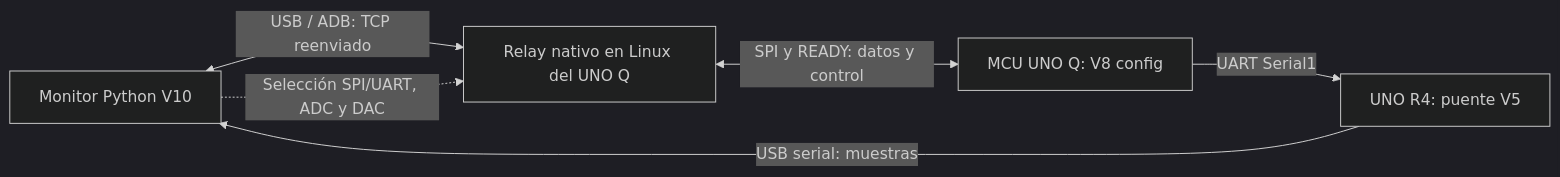
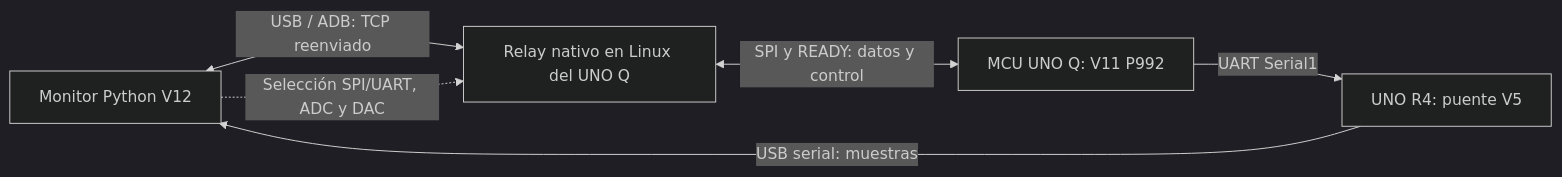
One commit to fmgarciadiaz/SerialPythonMonitor changed the diagram in docs/TRANSPORTE_TECNICO.md. Above: the diagram before and after it, drawn with Mermaid (dark theme). The commit also changed other lines of this file and 41 other files, not shown here.

````diff
--- a/docs/TRANSPORTE_TECNICO.md
+++ b/docs/TRANSPORTE_TECNICO.md
@@ -5,8 +5,8 @@
 ```mermaid
 flowchart LR
- PC[Monitor Python V10] <-->|USB / ADB: TCP reenviado| RELAY[Relay nativo en Linux del UNO Q]
- RELAY <-->|SPI y READY: datos y control| MCU[MCU UNO Q: V8 config]
+ PC[Monitor Python V12] <-->|USB / ADB: TCP reenviado| RELAY[Relay nativo en Linux del UNO Q]
+ RELAY <-->|SPI y READY: datos y control| MCU[MCU UNO Q: V11 P992]
  MCU -->|UART Serial1| R4[UNO R4: puente V5]
  R4 -->|USB serial: muestras| PC
  PC -.->|Selección SPI/UART, ADC y DAC| RELAY
 ```
````
